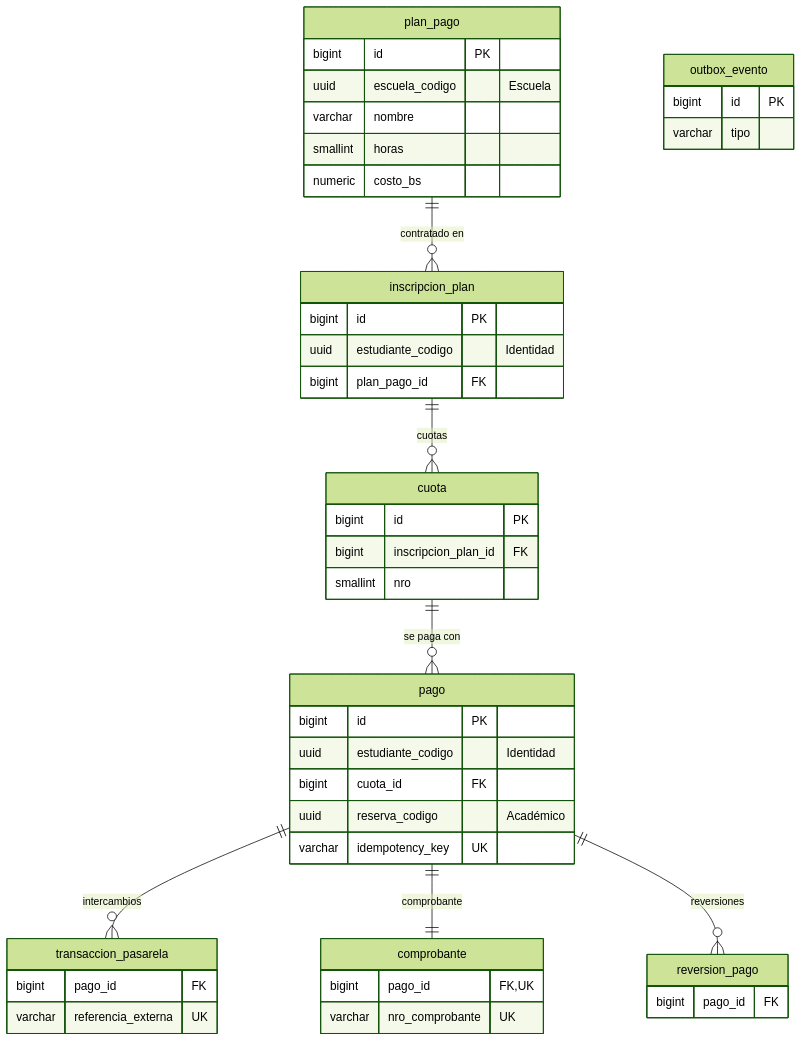
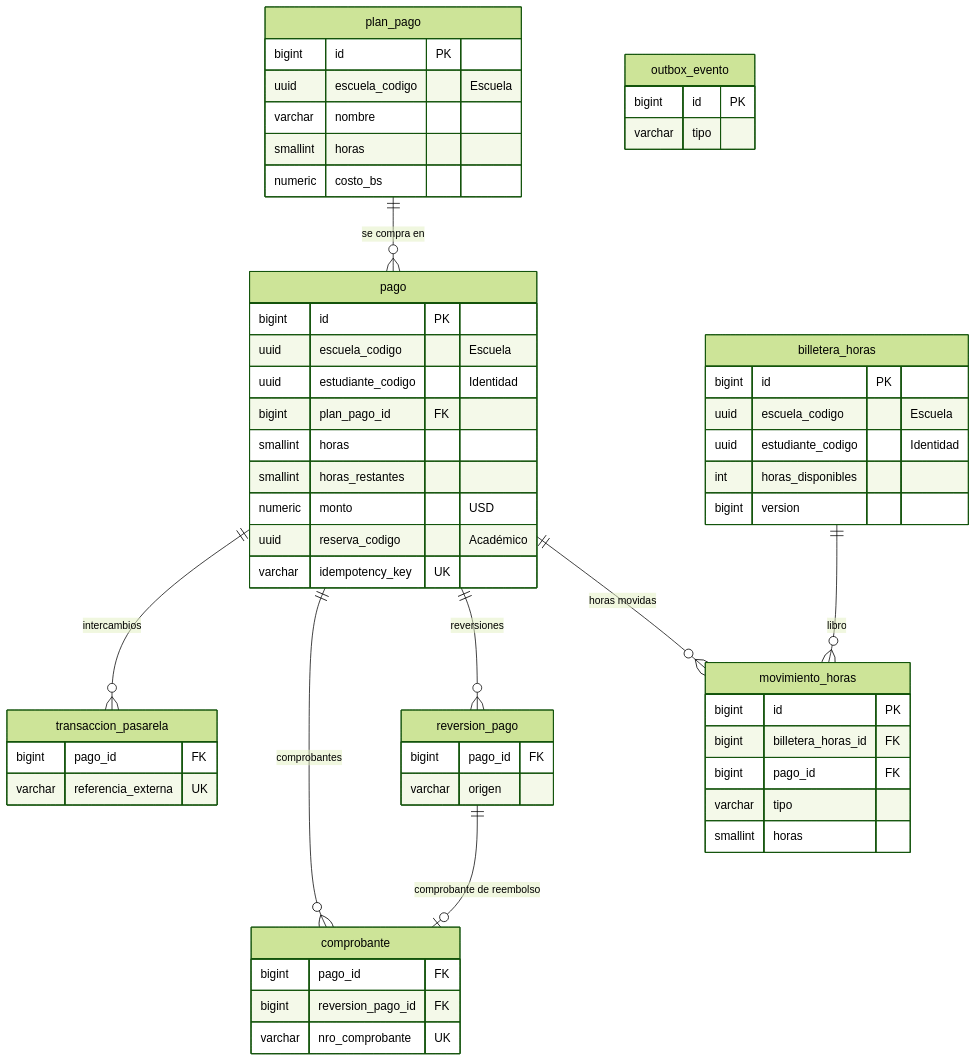
The fourth of 5 diagrams in docs/DriveHub/DISENO_BASE_DE_DATOS.md (Mau8877/DriveHub), drawn with Mermaid (forest theme) before and after one commit. The commit also changed other lines of this file and 68 other files, not shown here.

Commit message:
docs[DOCS]: casos de uso CU26 a CU31 (compra de horas con Stripe), sus UT de backend y movil, diseno de datos de Pagos y contrato de la billetera

````diff
--- a/docs/DriveHub/DISENO_BASE_DE_DATOS.md
+++ b/docs/DriveHub/DISENO_BASE_DE_DATOS.md
@@ -400,49 +402,60 @@
 ```mermaid
 erDiagram
-    plan_pago ||--o{ inscripcion_plan : "contratado en"
-    inscripcion_plan ||--o{ cuota : "cuotas"
-    cuota ||--o{ pago : "se paga con"
+    plan_pago ||--o{ pago : "se compra en"
     pago ||--o{ transaccion_pasarela : "intercambios"
-    pago ||--|| comprobante : "comprobante"
+    pago ||--o{ comprobante : "comprobantes"
     pago ||--o{ reversion_pago : "reversiones"
+    pago ||--o{ movimiento_horas : "horas movidas"
+    billetera_horas ||--o{ movimiento_horas : "libro"
+    reversion_pago ||--o| comprobante : "comprobante de reembolso"
 
     plan_pago {
         bigint id PK
         uuid escuela_codigo "Escuela"
         varchar nombre
         smallint horas
         numeric costo_bs
     }
-    inscripcion_plan {
+    pago {
         bigint id PK
+        uuid escuela_codigo "Escuela"
         uuid estudiante_codigo "Identidad"
         bigint plan_pago_id FK
-    }
-    cuota {
-        bigint id PK
-        bigint inscripcion_plan_id FK
-        smallint nro
-    }
-    pago {
-        bigint id PK
-        uuid estudiante_codigo "Identidad"
-        bigint cuota_id FK
+        smallint horas
+        smallint horas_restantes
+        numeric monto "USD"
         uuid reserva_codigo "Académico"
         varchar idempotency_key UK
     }
     transaccion_pasarela {
         bigint pago_id FK
         varchar referencia_externa UK
     }
+    billetera_horas {
+        bigint id PK
+        uuid escuela_codigo "Escuela"
+        uuid estudiante_codigo "Identidad"
+        int horas_disponibles
+        bigint version
+    }
+    movimiento_horas {
+        bigint id PK
+        bigint billetera_horas_id FK
+        bigint pago_id FK
+        varchar tipo
+        smallint horas
+    }
     comprobante {
-        bigint pago_id FK, UK
+        bigint pago_id FK
+        bigint reversion_pago_id FK
         varchar nro_comprobante UK
     }
     reversion_pago {
         bigint pago_id FK
+        varchar origen
     }
     outbox_evento {
         bigint id PK
         varchar tipo
     }
 ```
````
